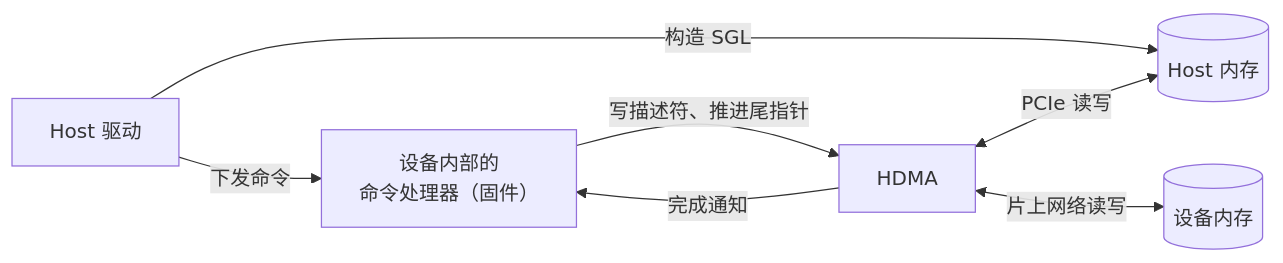
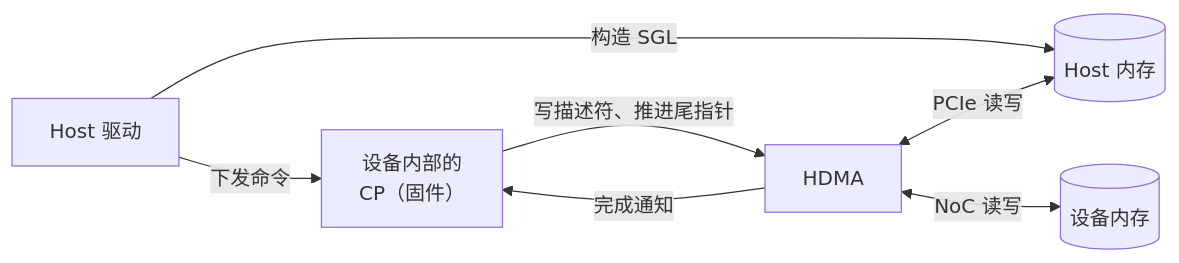
Before and after one commit to gevico/gw100-gem5: the first of 2 diagrams in docs/spec/host/spec-host-dma.md, drawn with Mermaid. The commit also changed other lines of this file and 1 other file, not shown here.

````diff
--- a/docs/spec/host/spec-host-dma.md
+++ b/docs/spec/host/spec-host-dma.md
@@ -31,9 +31,9 @@
 ```mermaid
 flowchart LR
   DRV[Host 驱动] -->|构造 SGL| HMEM[(Host 内存)]
-  DRV -->|下发命令| CP[设备内部的<br/>命令处理器（固件）]
+  DRV -->|下发命令| CP[设备内部的<br/>CP（固件）]
   CP -->|写描述符、推进尾指针| HDMA[HDMA]
   HDMA <-->|PCIe 读写| HMEM
-  HDMA <-->|片上网络读写| DMEM[(设备内存)]
+  HDMA <-->|NoC 读写| DMEM[(设备内存)]
   HDMA -->|完成通知| CP
 ```
````
